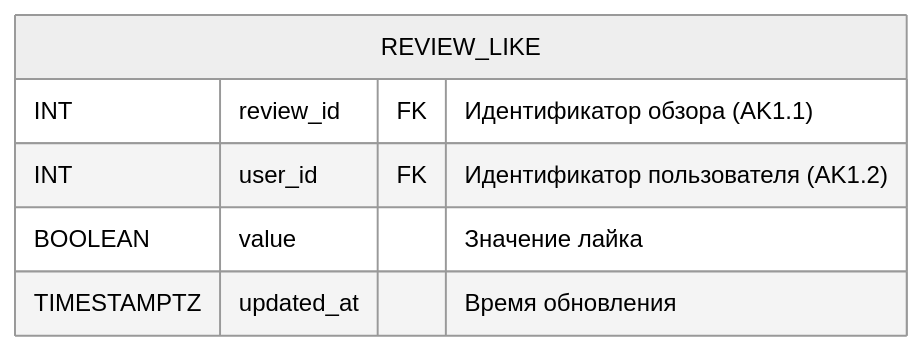
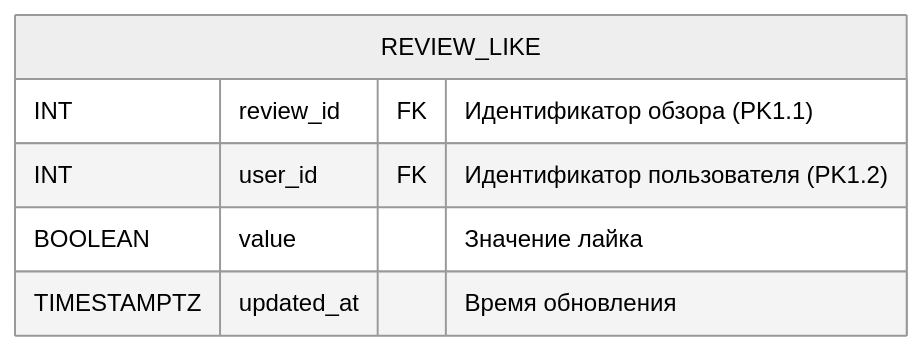
Before and after one commit to go-park-mail-ru/2024_1_Cyberkotletki: diagram 17 of 21 in db/normalized/relations.md, drawn with Mermaid (neutral theme). The commit also changed other lines of this file and 2 other files, not shown here.

````diff
--- a/db/normalized/relations.md
+++ b/db/normalized/relations.md
@@ -440,9 +440,9 @@
 ```mermaid
 erDiagram
     REVIEW_LIKE {
-        INT review_id FK "Идентификатор обзора  (AK1.1)"
-        INT user_id FK "Идентификатор пользователя (AK1.2)"
+        INT review_id FK "Идентификатор обзора  (PK1.1)"
+        INT user_id FK "Идентификатор пользователя (PK1.2)"
         BOOLEAN value "Значение лайка"
         TIMESTAMPTZ updated_at "Время обновления"
     }
 ```
````
